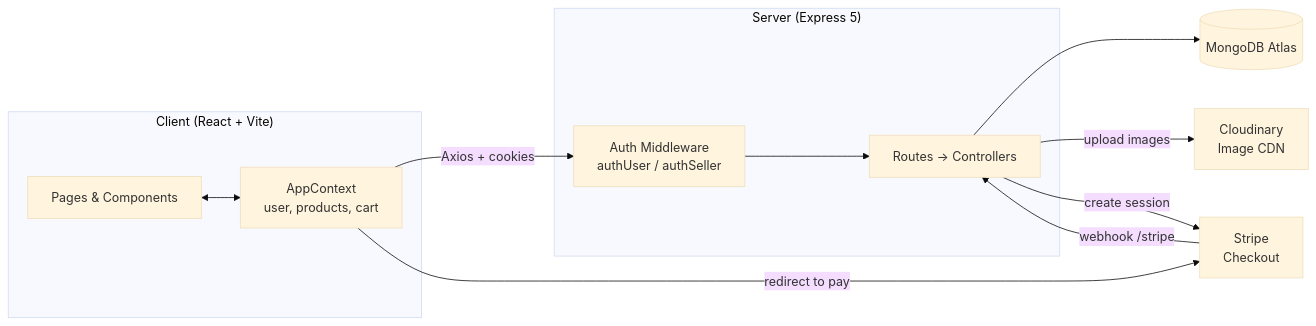
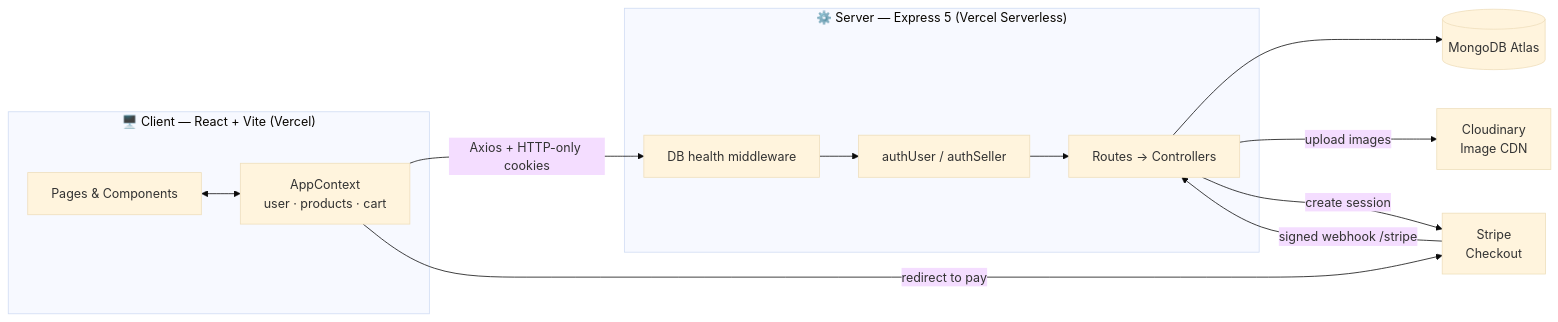
One commit to AdvikaChaithra/OnlineFoodDelivery changed the first of 3 diagrams in README.md. Above: the diagram before and after it, drawn with Mermaid (base theme). The commit also changed other lines of this file and 39 other files, not shown here.

````diff
--- a/README.md
+++ b/README.md
@@ -111,25 +125,26 @@
 ```mermaid
 flowchart LR
-    subgraph Client["Client (React + Vite)"]
+    subgraph Client["🖥️ Client — React + Vite (Vercel)"]
         UI[Pages & Components]
-        CTX[AppContext<br/>user, products, cart]
+        CTX[AppContext<br/>user · products · cart]
         UI <--> CTX
     end
 
-    subgraph Server["Server (Express 5)"]
-        MW[Auth Middleware<br/>authUser / authSeller]
-        RT[Routes -> Controllers]
-        MW --> RT
+    subgraph Server["⚙️ Server — Express 5 (Vercel Serverless)"]
+        DBC[DB health middleware]
+        MW[authUser / authSeller]
+        RT[Routes → Controllers]
+        DBC --> MW --> RT
     end
 
     DB[(MongoDB Atlas)]
     CLD[Cloudinary<br/>Image CDN]
     STR[Stripe<br/>Checkout]
 
-    CTX -- "Axios + cookies" --> MW
+    CTX -- "Axios + HTTP-only cookies" --> DBC
     RT --> DB
     RT -- "upload images" --> CLD
     RT -- "create session" --> STR
-    STR -- "webhook /stripe" --> RT
     CTX -- "redirect to pay" --> STR
+    STR -- "signed webhook /stripe" --> RT
 ```
````
